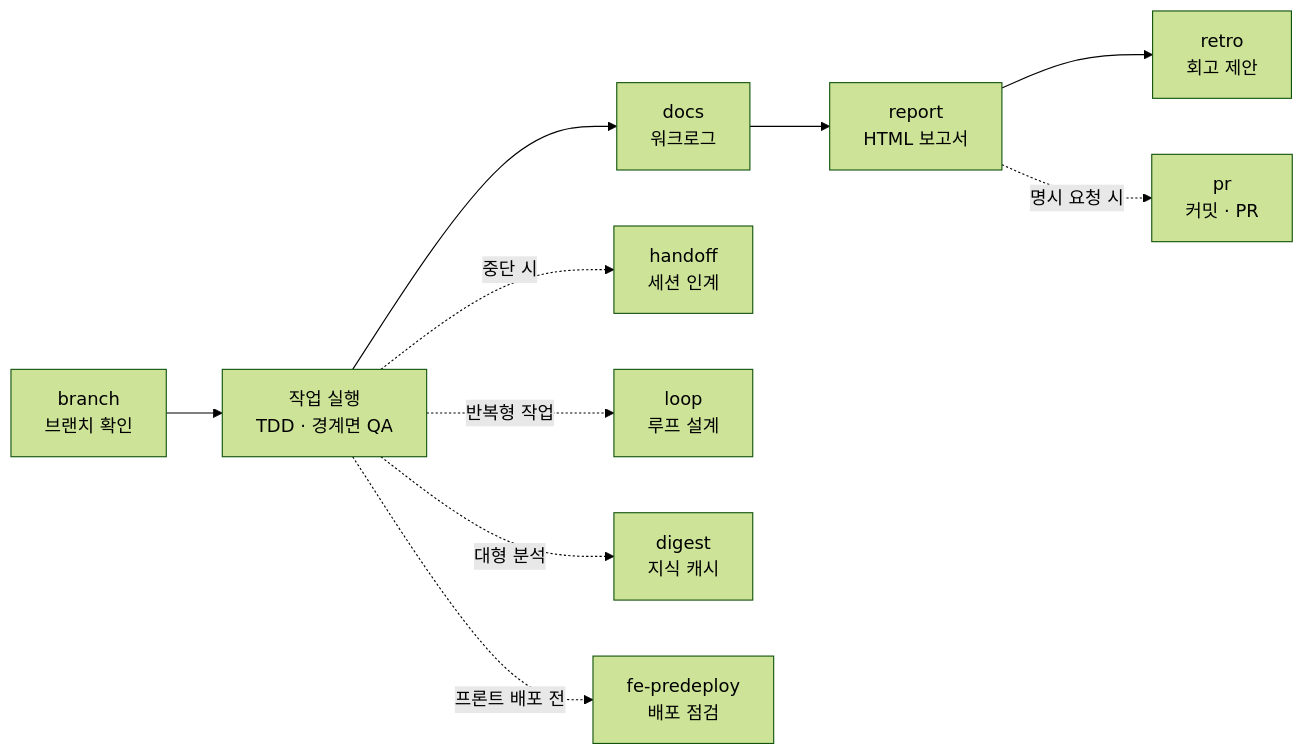
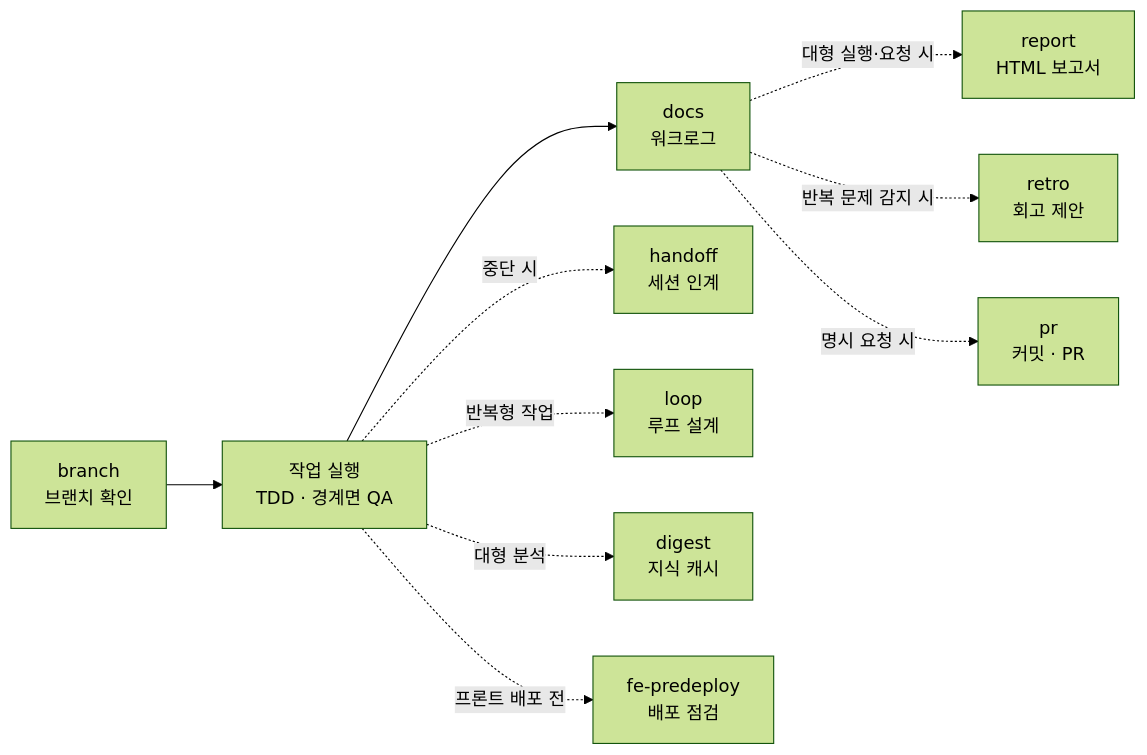
The diagram in README.md (Guksu/guksu-harness), drawn with Mermaid (forest theme) before and after one commit. The commit also changed other lines of this file and 18 other files, not shown here.

````diff
--- a/README.md
+++ b/README.md
@@ -408,12 +409,12 @@
 ```mermaid
 flowchart LR
     B["branch<br/>브랜치 확인"] --> W["작업 실행<br/>TDD · 경계면 QA"]
     W --> D["docs<br/>워크로그"]
-    D --> R["report<br/>HTML 보고서"]
-    R --> T["retro<br/>회고 제안"]
-    R -. 명시 요청 시 .-> P["pr<br/>커밋 · PR"]
+    D -. 대형 실행·요청 시 .-> R["report<br/>HTML 보고서"]
+    D -. 반복 문제 감지 시 .-> T["retro<br/>회고 제안"]
+    D -. 명시 요청 시 .-> P["pr<br/>커밋 · PR"]
     W -. 중단 시 .-> H["handoff<br/>세션 인계"]
     W -. 반복형 작업 .-> L["loop<br/>루프 설계"]
     W -. 대형 분석 .-> G["digest<br/>지식 캐시"]
     W -. 프론트 배포 전 .-> F["fe-predeploy<br/>배포 점검"]
 ```
````
